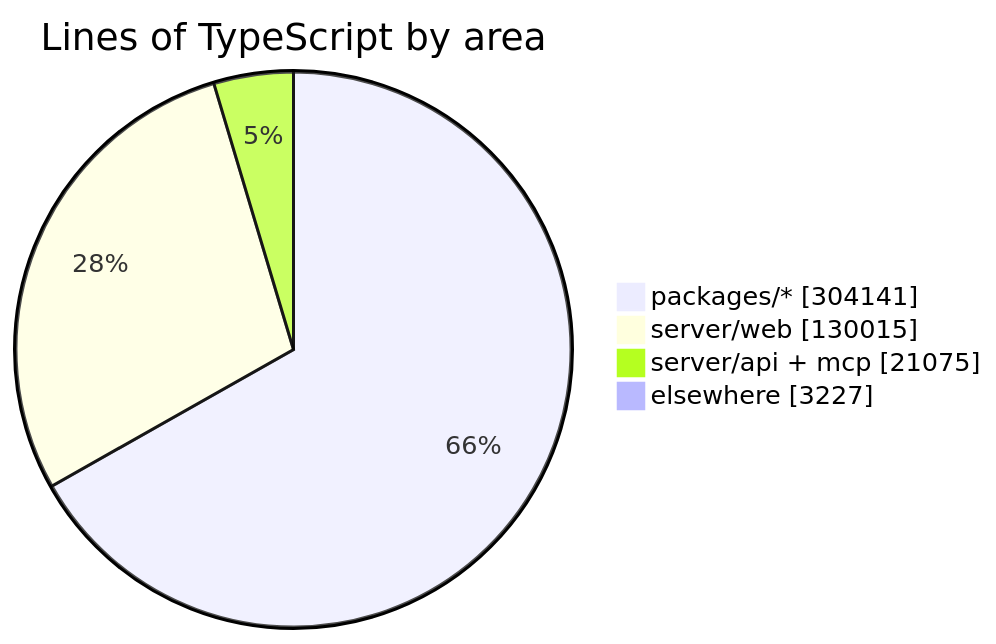
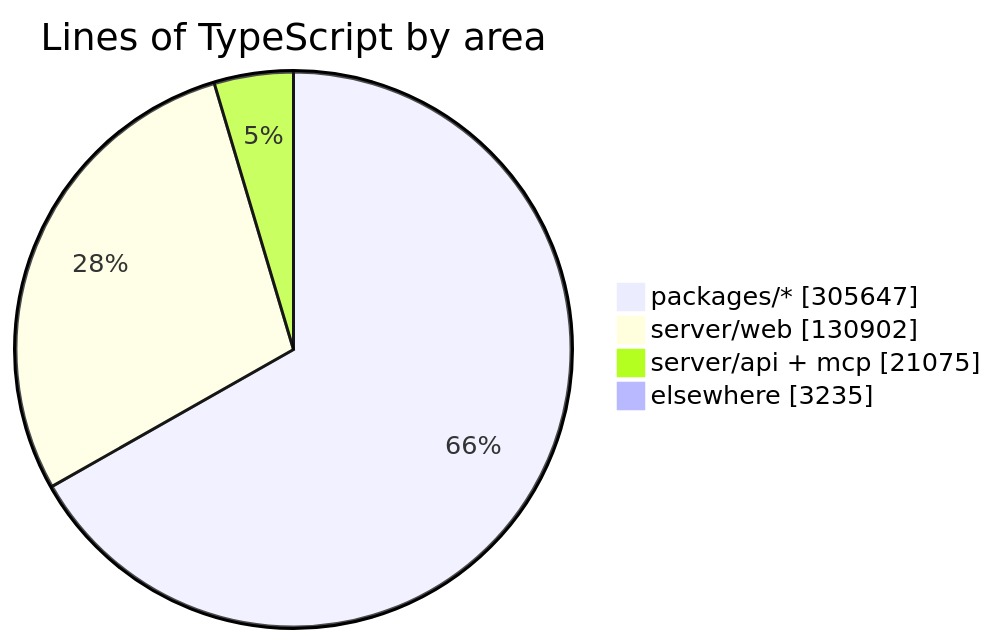
One commit to crossworks-engineering/mantle changed the diagram in README.md. Above: the diagram before and after it, drawn with Mermaid. The commit also changed other lines of this file and 2 other files, not shown here.

````diff
--- a/README.md
+++ b/README.md
@@ -294,7 +294,7 @@
 ```mermaid
 pie showData title Lines of TypeScript by area
-    "packages/*" : 304141
-    "server/web" : 130015
+    "packages/*" : 305647
+    "server/web" : 130902
     "server/api + mcp" : 21075
-    "elsewhere" : 3227
+    "elsewhere" : 3235
 ```
````
